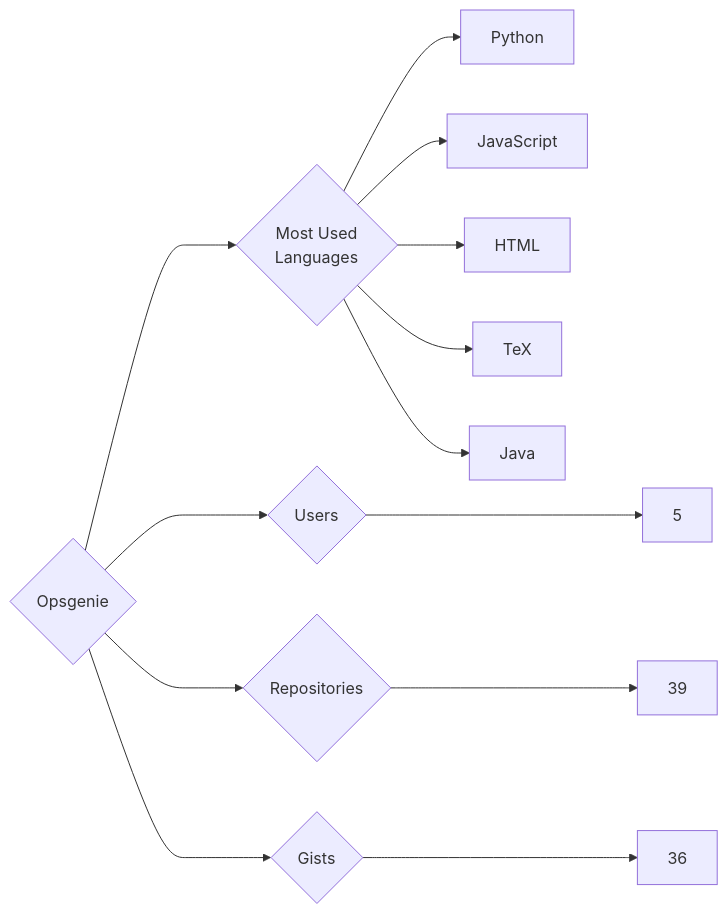
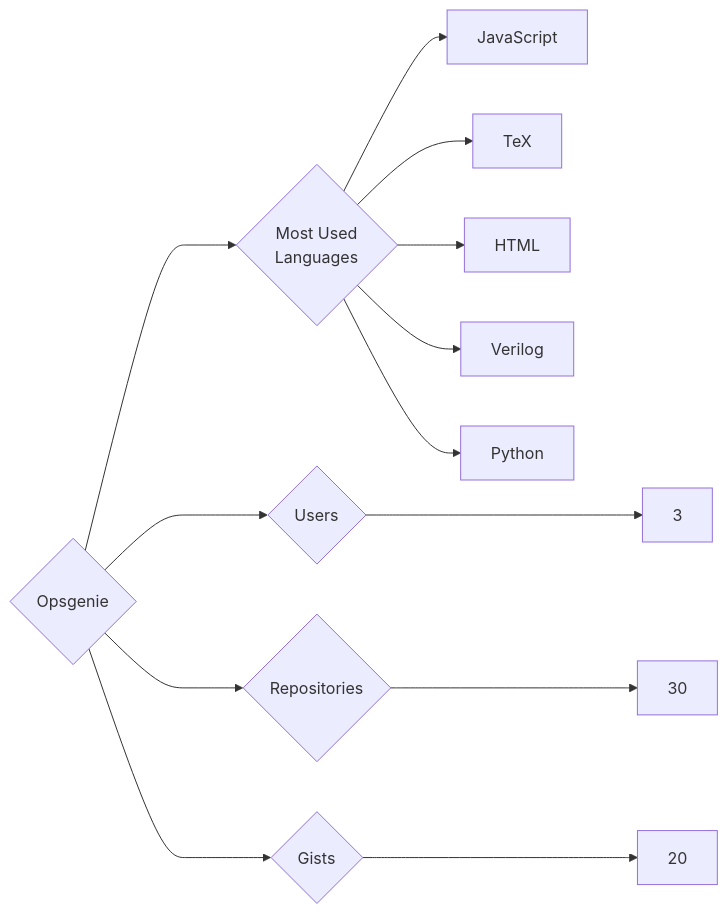
One commit to trickest/insiders changed the diagram in targets/Opsgenie/README.md. Above: the diagram before and after it, drawn with Mermaid. The commit also changed 953 other files, not shown here.

````diff
--- a/targets/Opsgenie/README.md
+++ b/targets/Opsgenie/README.md
@@ -3,13 +3,13 @@
 ```mermaid
 graph LR
 COMPANY_NAME{Opsgenie}
-COMPANY_NAME ---> U{Users} ---> UN[5]
-COMPANY_NAME ---> R{Repositories} ---> RN[39]
-COMPANY_NAME ---> G{Gists} ---> GN[36]
+COMPANY_NAME ---> U{Users} ---> UN[3]
+COMPANY_NAME ---> R{Repositories} ---> RN[30]
+COMPANY_NAME ---> G{Gists} ---> GN[20]
 COMPANY_NAME ---> ML{Most Used<br>Languages}
+ML --> JavaScript[JavaScript]
+ML --> TeX[TeX]
+ML --> HTML[HTML]
+ML --> Verilog[Verilog]
 ML --> Python[Python]
-ML --> JavaScript[JavaScript]
-ML --> HTML[HTML]
-ML --> TeX[TeX]
-ML --> Java[Java]
 ```
````
